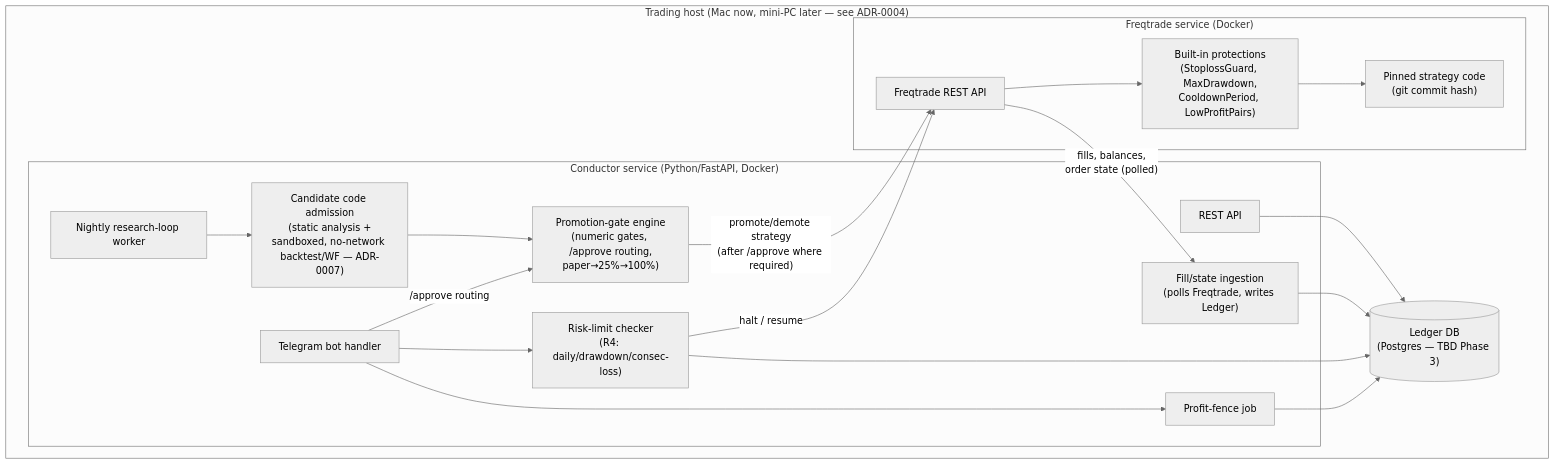
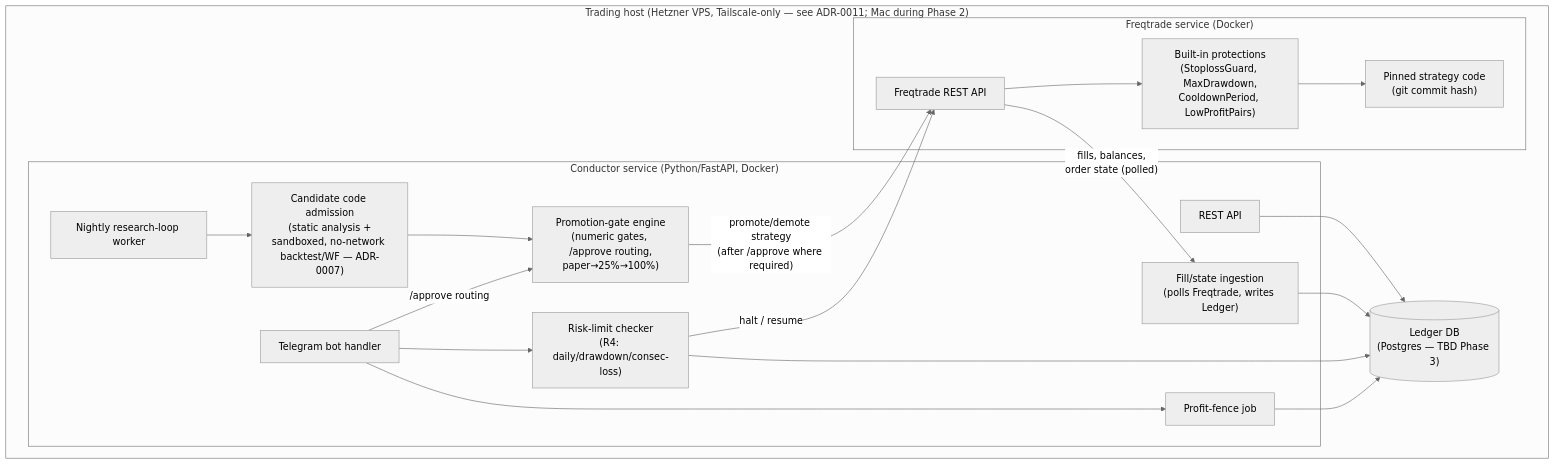
The second of 2 diagrams in docs/04-architecture/overview.md (aplicy-com/guarded-trader), drawn with Mermaid (neutral theme) before and after one commit. The commit also changed 8 other files, not shown here.

Commit message:
docs: add ADR-0011 VPS hosting, VPS runbooks and threat model, archive mini-PC runbook

````diff
--- a/docs/04-architecture/overview.md
+++ b/docs/04-architecture/overview.md
@@ -44,38 +44,38 @@
 ```mermaid
 flowchart TB
-    subgraph Host["Trading host (Mac now, mini-PC later — see ADR-0004)"]
+    subgraph Host["Trading host (Hetzner VPS, Tailscale-only — see ADR-0011; Mac during Phase 2)"]
         subgraph ConductorSvc["Conductor service (Python/FastAPI, Docker)"]
             API["REST API"]
             Ingest["Fill/state ingestion<br/>(polls Freqtrade, writes Ledger)"]
             Loop["Nightly research-loop worker"]
             Admission["Candidate code admission<br/>(static analysis +<br/>sandboxed, no-network backtest/WF — ADR-0007)"]
             Gate["Promotion-gate engine<br/>(numeric gates, /approve routing,<br/>paper→25%→100%)"]
             RiskCheck["Risk-limit checker<br/>(R4: daily/drawdown/consec-loss)"]
             Fence["Profit-fence job"]
             Bot["Telegram bot handler"]
         end
 
         subgraph FreqtradeSvc["Freqtrade service (Docker)"]
             Strategy["Pinned strategy code<br/>(git commit hash)"]
             Protections["Built-in protections<br/>(StoplossGuard, MaxDrawdown,<br/>CooldownPeriod, LowProfitPairs)"]
             REST["Freqtrade REST API"]
         end
 
         Ledger[("Ledger DB<br/>(Postgres — TBD Phase 3)")]
     end
 
     API --> Ledger
     REST -- "fills, balances,<br/>order state (polled)" --> Ingest
     Ingest --> Ledger
     Loop --> Admission
     Admission --> Gate
     Gate -- "promote/demote strategy<br/>(after /approve where required)" --> REST
     Bot -- "/approve routing" --> Gate
     RiskCheck -- "halt / resume" --> REST
     RiskCheck --> Ledger
     Fence --> Ledger
     Bot --> RiskCheck
     Bot --> Fence
     REST --> Protections
     Protections --> Strategy
 ```
````
